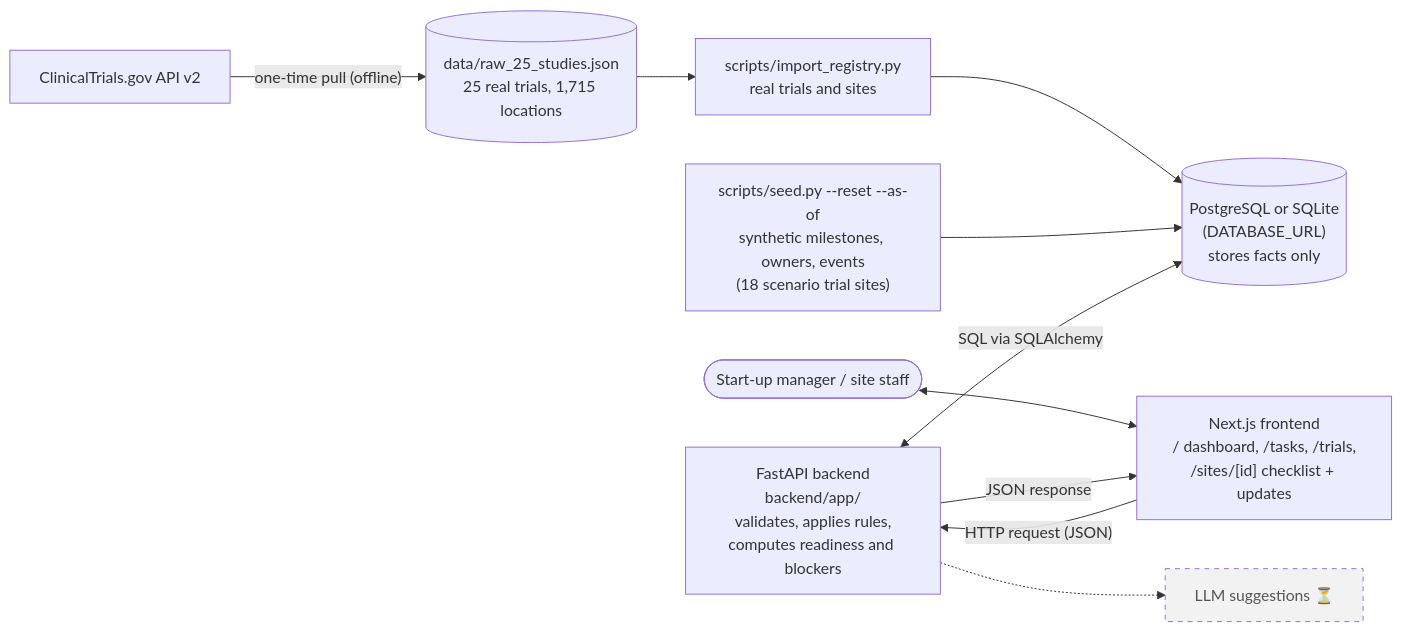
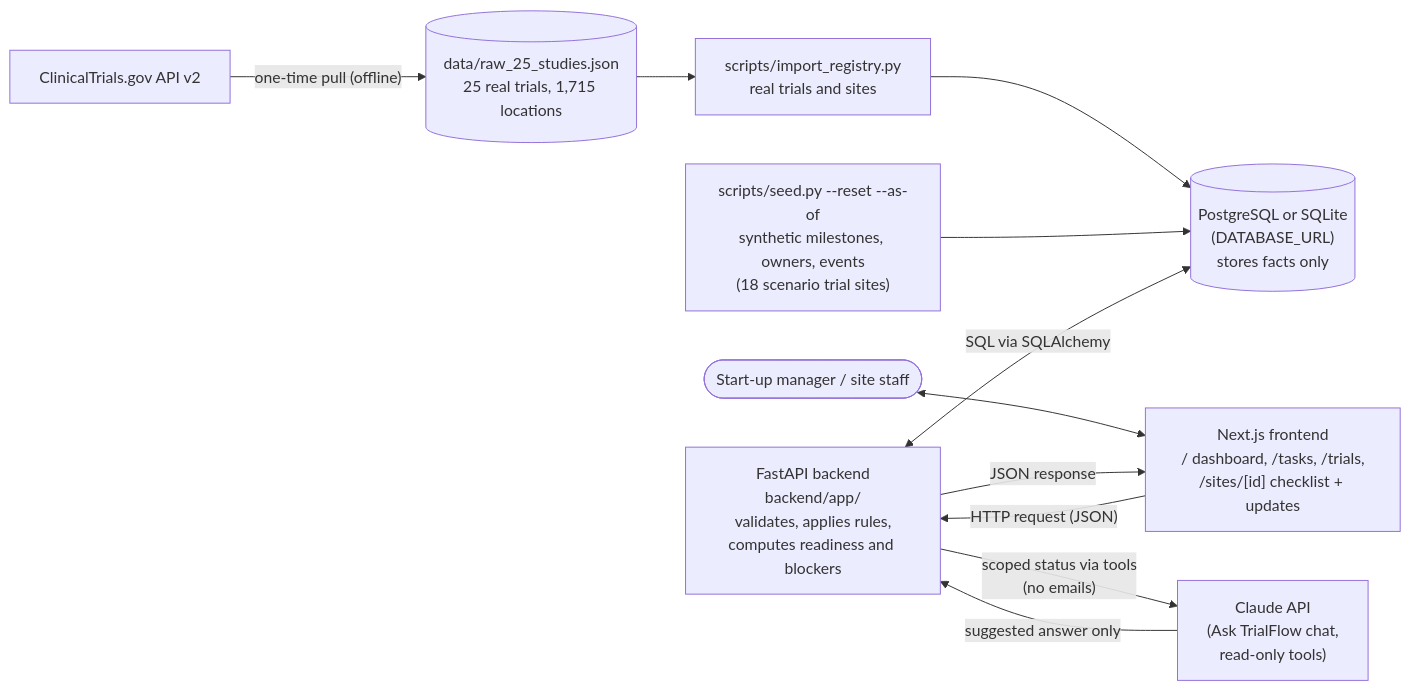
The first of 3 diagrams in docs/SYSTEM_OVERVIEW.md (keyiyu0331/TrialFlow), drawn with Mermaid before and after one commit. The commit also changed other lines of this file and 4 other files, not shown here.

````diff
--- a/docs/SYSTEM_OVERVIEW.md
+++ b/docs/SYSTEM_OVERVIEW.md
@@ -9,24 +9,22 @@
 ```mermaid
 flowchart LR
     CTG["ClinicalTrials.gov API v2"]
     RAW[("data/raw_25_studies.json<br/>25 real trials, 1,715 locations")]
     IMP["scripts/import_registry.py<br/>real trials and sites"]
     SEED["scripts/seed.py --reset --as-of<br/>synthetic milestones, owners, events<br/>(18 scenario trial sites)"]
     DB[("PostgreSQL or SQLite<br/>(DATABASE_URL)<br/>stores facts only")]
     BE["FastAPI backend<br/>backend/app/<br/>validates, applies rules,<br/>computes readiness and blockers"]
     FE["Next.js frontend<br/>/ dashboard, /tasks, /trials,<br/>/sites/[id] checklist + updates"]
     USER(["Start-up manager / site staff"])
-    LLM["LLM suggestions ⏳"]
+    LLM["Claude API<br/>(Ask TrialFlow chat,<br/>read-only tools)"]
 
     CTG -- "one-time pull (offline)" --> RAW
     RAW --> IMP --> DB
     SEED --> DB
     USER <--> FE
     FE -- "HTTP request (JSON)" --> BE
     BE -- "JSON response" --> FE
     BE <-- "SQL via SQLAlchemy" --> DB
-    BE -.-> LLM
-
-    classDef planned stroke-dasharray: 5 5,fill:#f2f2f2,color:#555
-    class LLM planned
+    BE -- "scoped status via tools<br/>(no emails)" --> LLM
+    LLM -- "suggested answer only" --> BE
 ```
````
